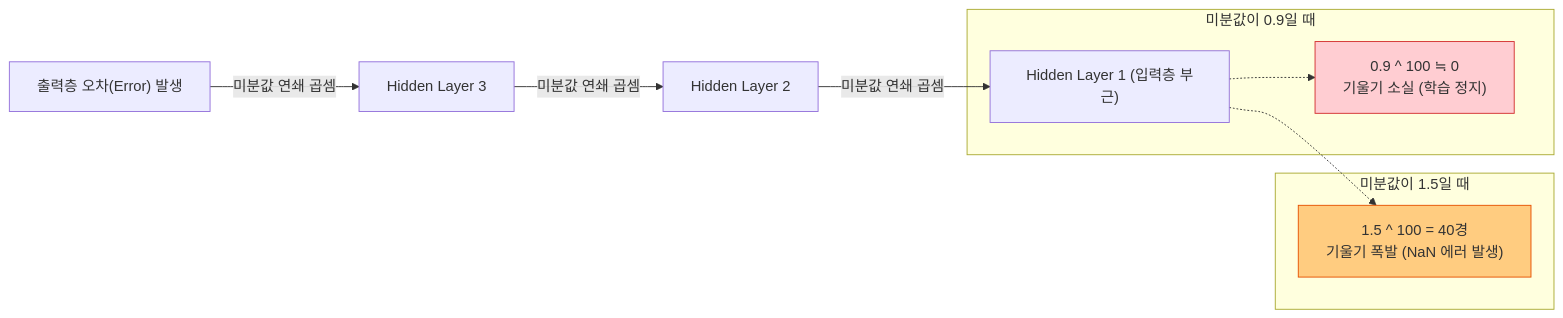
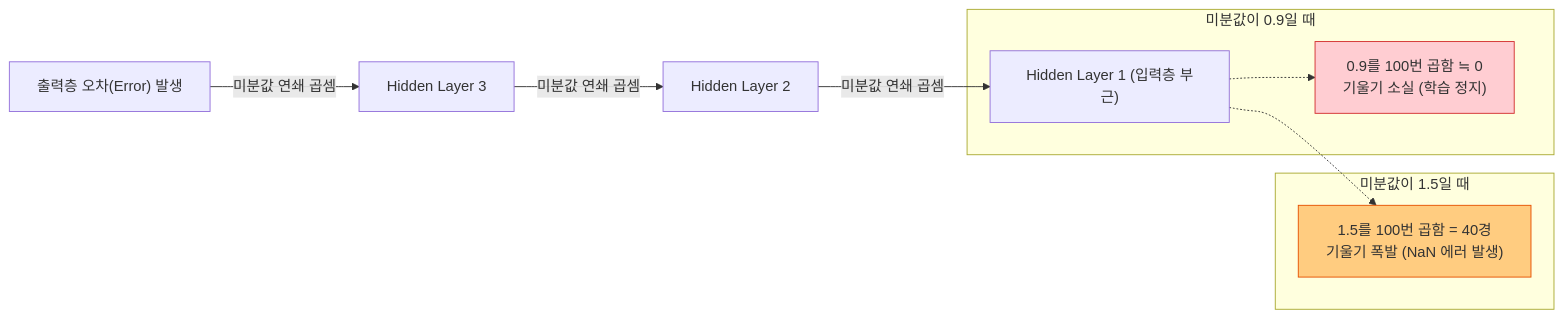
One commit to shinwokkang/Deep-Learning-with-TensorFlow-Keras-and-PyTorch changed the first of 4 diagrams in Lesson 3_ High-Performance Deep Learning Networks/03_2_Unstable_Gradients_and_Batch_Normalization.md. Above: the diagram before and after it, drawn with Mermaid. The commit also changed other lines of this file, not shown here.

````diff
--- a/Lesson 3_ High-Performance Deep Learning Networks/03_2_Unstable_Gradients_and_Batch_Normalization.md
+++ b/Lesson 3_ High-Performance Deep Learning Networks/03_2_Unstable_Gradients_and_Batch_Normalization.md
@@ -26,17 +31,17 @@
 ```mermaid
 flowchart LR
-    O["출력층 오차(Error) 발생"] -->|미분값 연쇄 곱셈| H3["Hidden Layer 3"]
-    H3 -->|미분값 연쇄 곱셈| H2["Hidden Layer 2"]
-    H2 -->|미분값 연쇄 곱셈| H1["Hidden Layer 1 (입력층 부근)"]
+    O["출력층 오차(Error) 발생"] -->|"미분값 연쇄 곱셈"| H3["Hidden Layer 3"]
+    H3 -->|"미분값 연쇄 곱셈"| H2["Hidden Layer 2"]
+    H2 -->|"미분값 연쇄 곱셈"| H1["Hidden Layer 1 (입력층 부근)"]
     
-    subgraph 미분값이 0.9일 때
-    H1 -.-> V["0.9 ^ 100 ≒ 0<br>기울기 소실 (학습 정지)"]
+    subgraph "미분값이 0.9일 때"
+    H1 -.-> V["0.9를 100번 곱함 ≒ 0<br>기울기 소실 (학습 정지)"]
     end
     
-    subgraph 미분값이 1.5일 때
-    H1 -.-> E["1.5 ^ 100 = 40경<br>기울기 폭발 (NaN 에러 발생)"]
+    subgraph "미분값이 1.5일 때"
+    H1 -.-> E["1.5를 100번 곱함 = 40경<br>기울기 폭발 (NaN 에러 발생)"]
     end
     
     style V fill:#ffcdd2,stroke:#d32f2f
     style E fill:#ffcc80,stroke:#e65100
 ```
````
